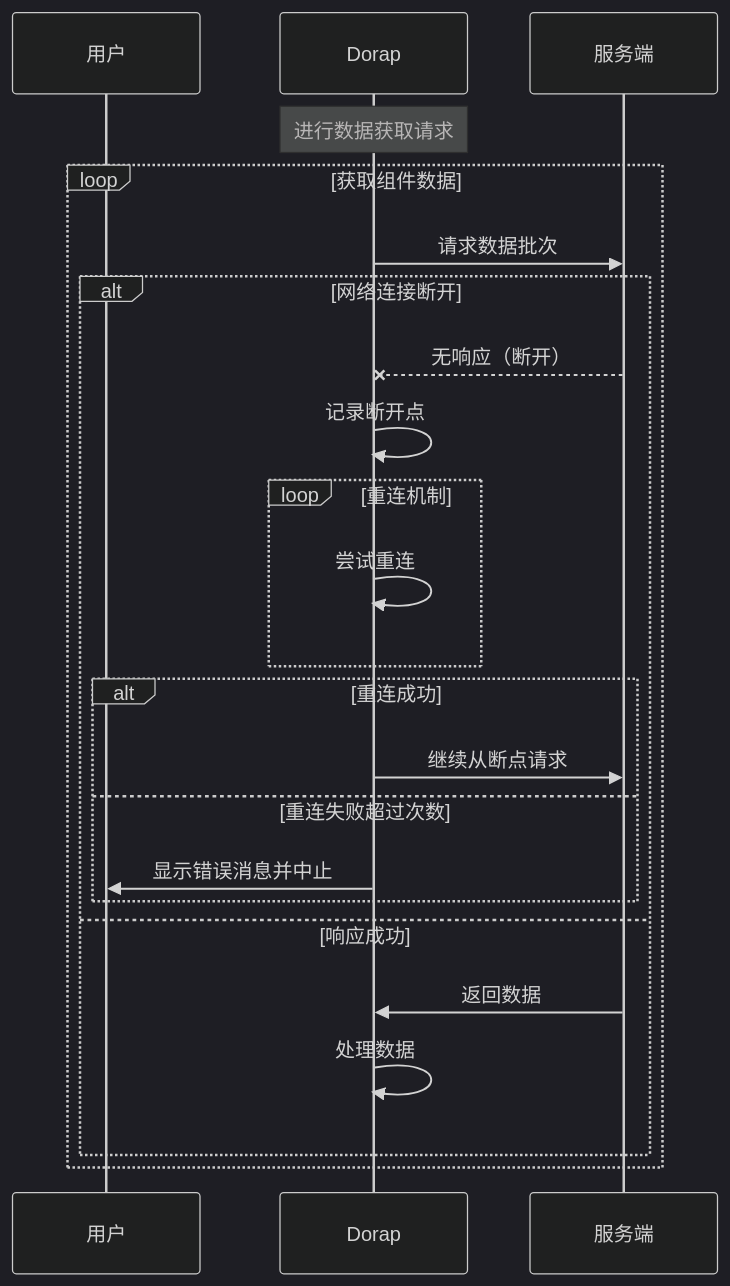
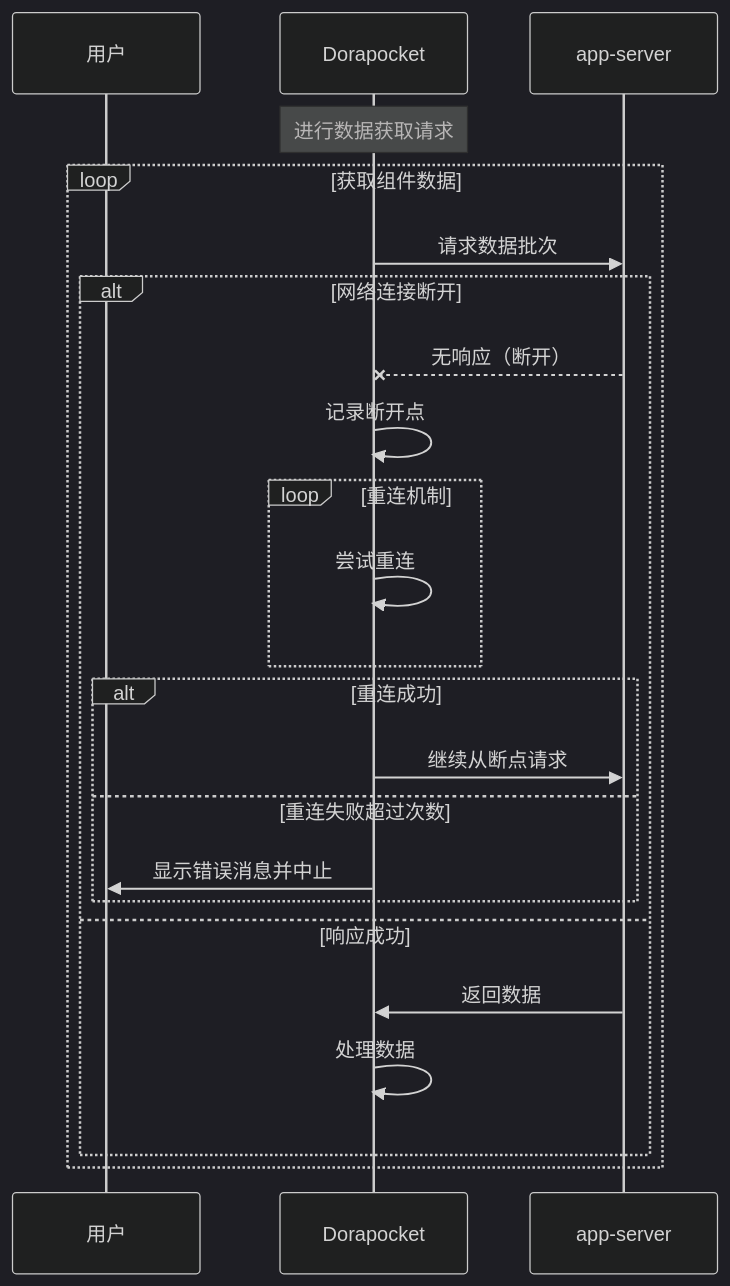
One commit to yingjianzh/iodraw-files changed the diagram in all/未命名-51.md. Above: the diagram before and after it, drawn with Mermaid (dark theme).

Commit message:
2025-05-08 11:21:53 update

````diff
--- a/all/未命名-51.md
+++ b/all/未命名-51.md
@@ -1,31 +1,31 @@
 ```mermaid
 sequenceDiagram
     participant User as 用户
-    participant App as Dorap
-    participant Server as 服务端
+    participant App as Dorapocket
+    participant Server as app-server
     
     Note over App: 进行数据获取请求
     
     loop 获取组件数据
         App->>Server: 请求数据批次
         
         alt 网络连接断开
             Server--xApp: 无响应（断开）
             App->>App: 记录断开点
             
             loop 重连机制
                 App->>App: 尝试重连
             end
             
             alt 重连成功
                 App->>Server: 继续从断点请求
             else 重连失败超过次数
                 App->>User: 显示错误消息并中止
                 
             end
         else 响应成功
             Server->>App: 返回数据
             App->>App: 处理数据
         end
     end
 ```
````
